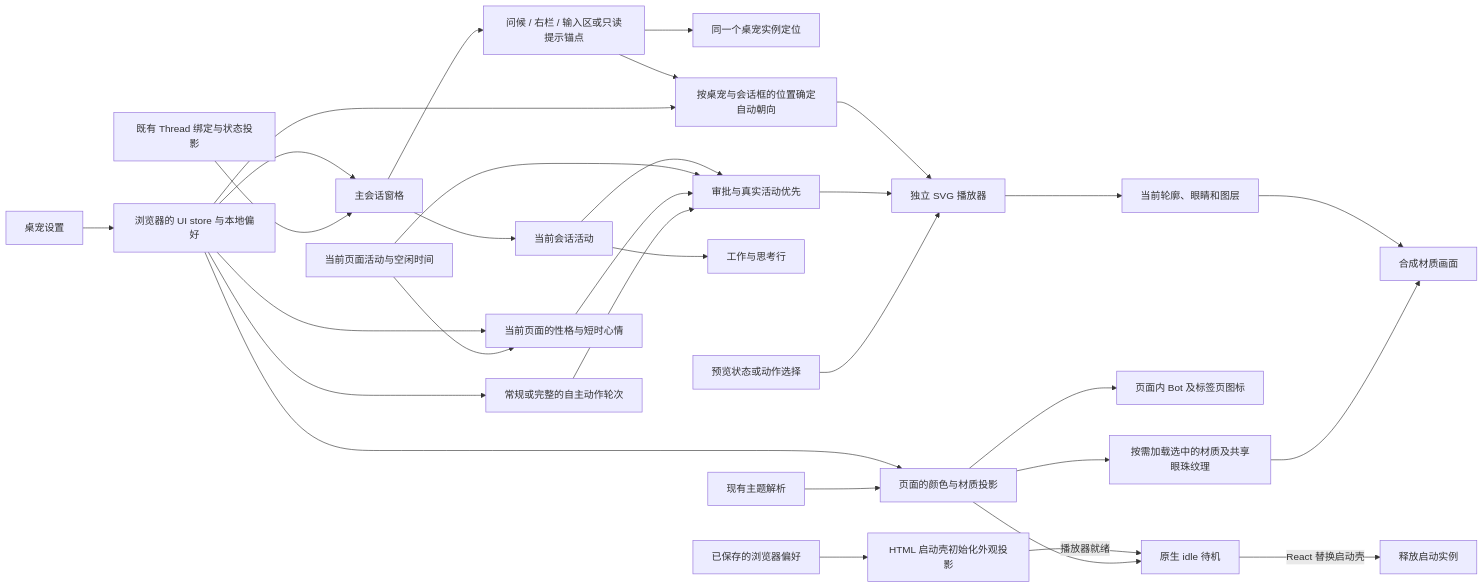
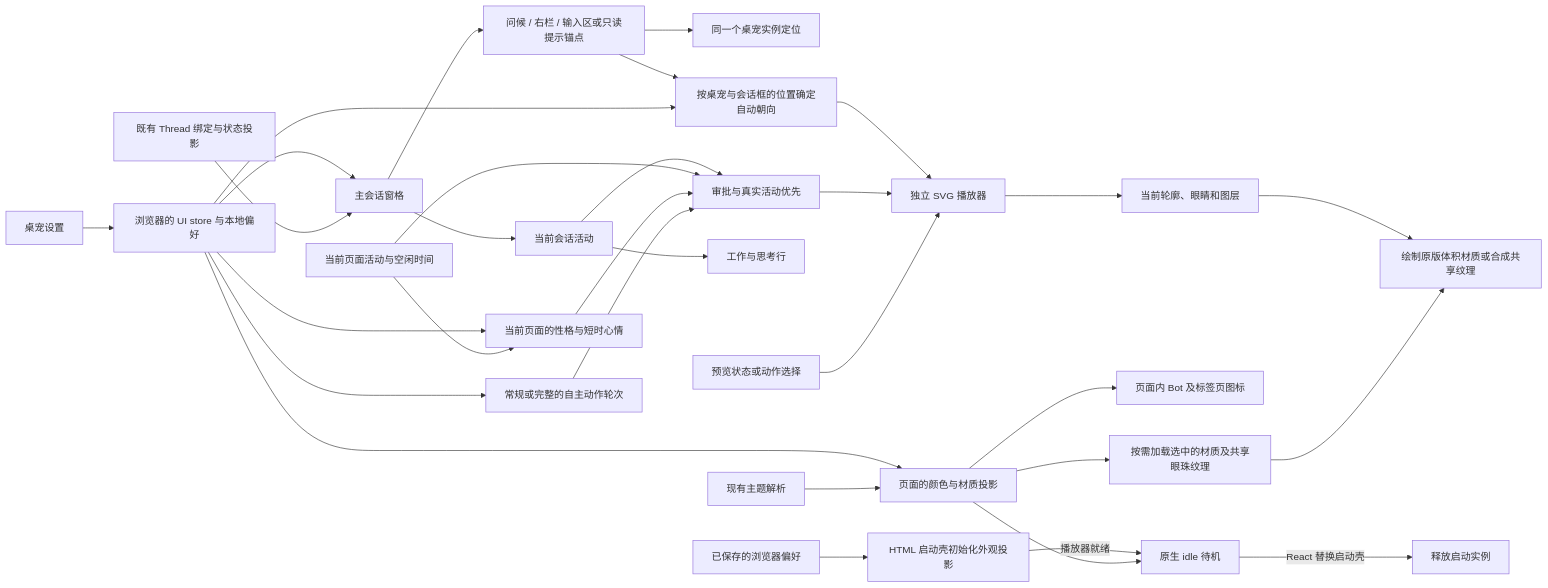
Before and after one commit to LiangLiang723/codex-web: the diagram in specs/selfhost-codex/brand-and-conversation-pet.md, drawn with Mermaid. The commit also changed other lines of this file and 7 other files, not shown here.

````diff
--- a/specs/selfhost-codex/brand-and-conversation-pet.md
+++ b/specs/selfhost-codex/brand-and-conversation-pet.md
@@ -32,33 +33,33 @@
 ```mermaid
 flowchart LR
   Settings[桌宠设置] --> Preference[浏览器的 UI store 与本地偏好]
   Preference --> Pane[主会话窗格]
   Preference --> Appearance[页面的颜色与材质投影]
   Appearance --> Material[按需加载选中的材质及共享眼珠纹理]
   Appearance --> Mark[页面内 Bot 及标签页图标]
   Runtime[既有 Thread 绑定与状态投影] --> Pane
   Pane --> Anchor[问候 / 右栏 / 输入区或只读提示锚点]
   Anchor --> Pet[同一个桌宠实例定位]
   Anchor --> Facing[按桌宠与会话框的位置确定自动朝向]
   Preference --> Facing
   Facing --> Player
   Pane --> Activity[当前会话活动]
   Activity --> Motion[审批与真实活动优先]
   Gesture[当前页面活动与空闲时间] --> Motion
   Motion --> Player[独立 SVG 播放器]
   Player --> Geometry[当前轮廓、眼睛和图层]
-  Geometry --> Paint[合成材质画面]
+  Geometry --> Paint[绘制原版体积材质或合成共享纹理]
   Material --> Paint
   Activity --> Summary[工作与思考行]
   Preference --> Mood[当前页面的性格与短时心情]
   Gesture --> Mood
   Mood --> Motion
   Preference --> Repertoire[常规或完整的自主动作轮次]
   Repertoire --> Motion
   Preset[预览状态或动作选择] --> Player
   Theme[现有主题解析] --> Appearance
   Saved[已保存的浏览器偏好] --> Startup[HTML 启动壳初始化外观投影]
   Startup -->|播放器就绪| Loading[原生 idle 待机]
   Appearance --> Loading
   Loading -->|React 替换启动壳| Dispose[释放启动实例]
 ```
````
